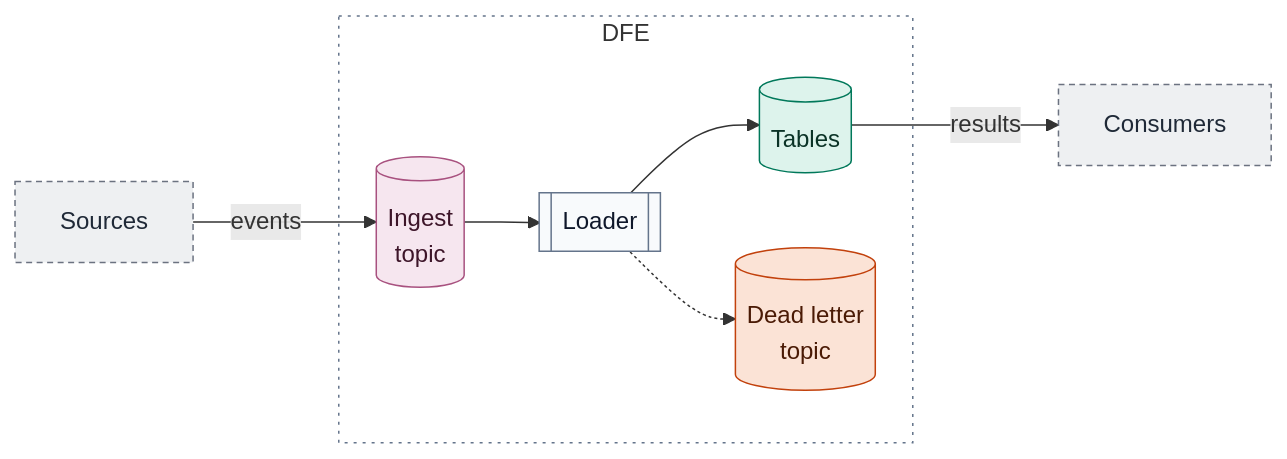
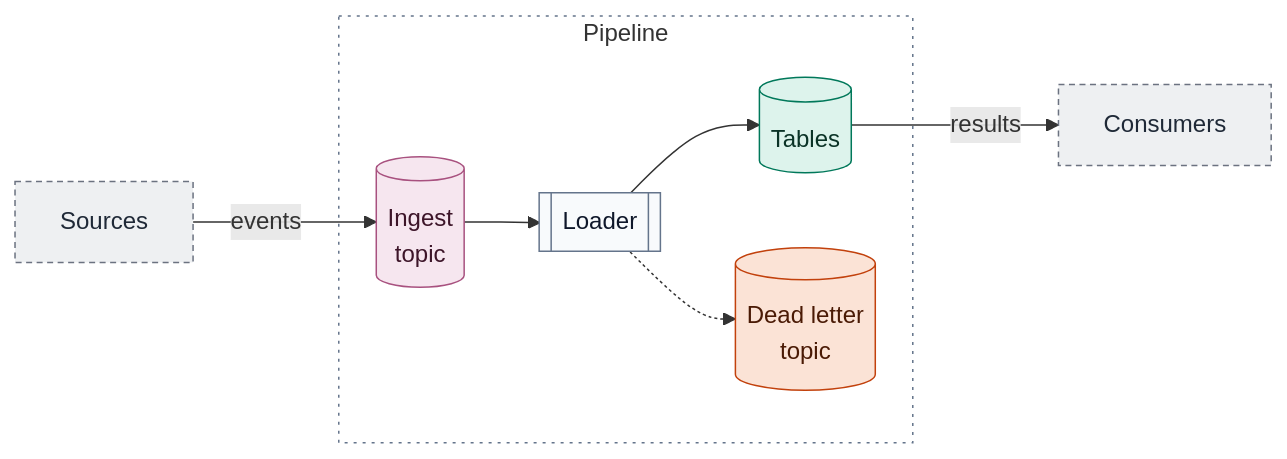
Before and after one commit to hyperi-io/merrow: the second of 8 diagrams in style/diagram-templates.md, drawn with Mermaid. The commit also changed other lines of this file and 28 other files, not shown here.

````diff
--- a/style/diagram-templates.md
+++ b/style/diagram-templates.md
@@ -44,34 +44,34 @@
 ```mermaid
 flowchart LR
-    accTitle: L2 Services -- DFE
-    accDescr: Inside DFE, sources publish events to the ingest topic. The loader reads the topic, writes rows to tables and sends rejected events to the dead letter topic. Consumers get results from the tables.
+    accTitle: L2 Services -- Pipeline
+    accDescr: Inside the pipeline, sources publish events to the ingest topic. The loader reads the topic, writes rows to tables and sends rejected events to the dead letter topic. Consumers get results from the tables.
 
     sources["Sources"]
 
-    subgraph dfe["DFE"]
+    subgraph pipeline["Pipeline"]
         topic[("Ingest<br/>topic")]
         loader[["Loader"]]
         tables[("Tables")]
         dlq[("Dead letter<br/>topic")]
     end
 
     consumers["Consumers"]
 
     sources -->|events| topic
     topic --> loader
     loader --> tables
     loader -.-> dlq
     tables -->|results| consumers
 
     classDef default fill:#F8FAFC,stroke:#64748B,stroke-width:1px,color:#0F172A
     classDef store fill:#DDF3EC,stroke:#00785A,stroke-width:1px,color:#0B3327
     classDef async fill:#F6E6EF,stroke:#A8517F,stroke-width:1px,color:#3D1529
     classDef error fill:#FBE3D6,stroke:#C2410C,stroke-width:1px,color:#4A1A05
     classDef ext fill:#EEF0F2,stroke:#6B7280,stroke-width:1px,stroke-dasharray:4 3,color:#1F2937
     classDef group fill:none,stroke:#64748B,stroke-width:1px,stroke-dasharray:2 4
     class sources,consumers ext
     class topic async
     class tables store
     class dlq error
-    class dfe group
+    class pipeline group
 ```
````
